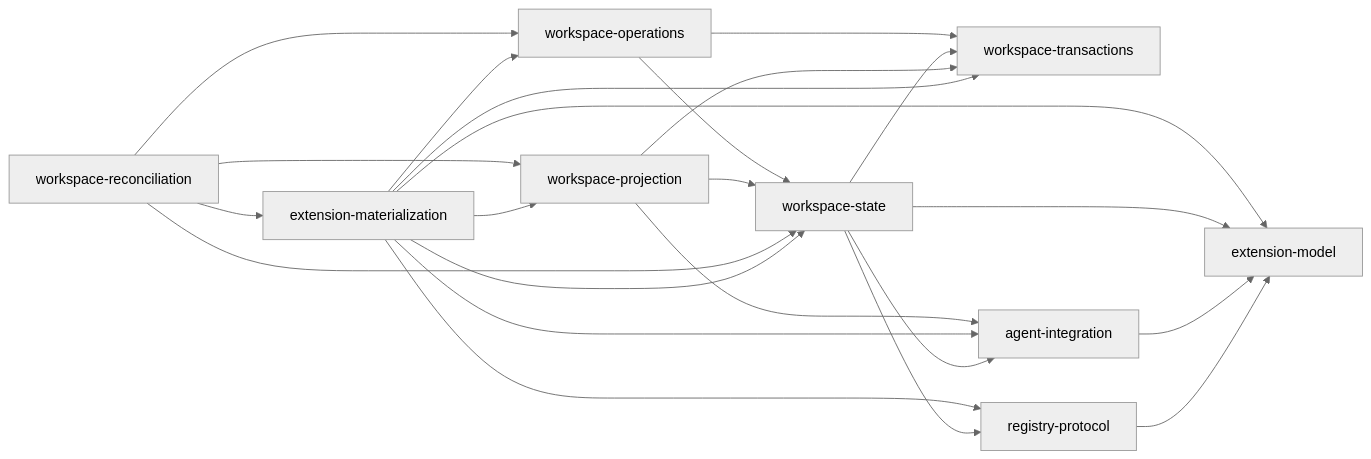
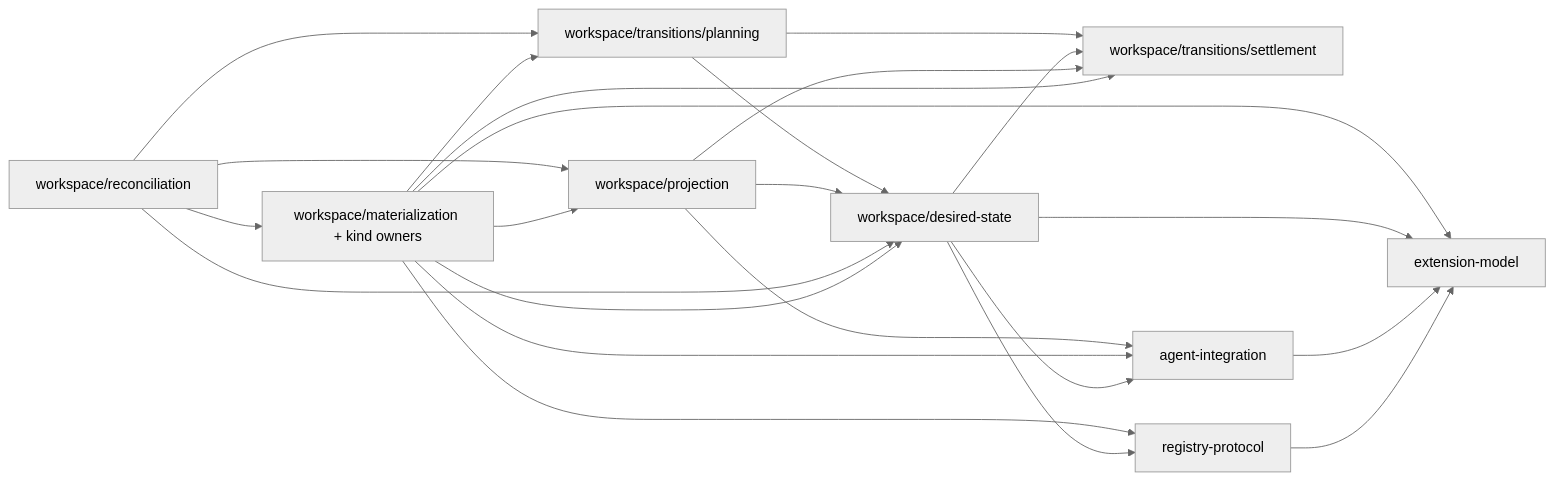
Before and after one commit to agentxm/axm: the diagram in docs/architecture/package-architecture.md, drawn with Mermaid (neutral theme). The commit also changed other lines of this file and 1139 other files, not shown here.

````diff
--- a/docs/architecture/package-architecture.md
+++ b/docs/architecture/package-architecture.md
@@ -266,25 +259,25 @@
 ```mermaid
 flowchart LR
-  OPERATIONS["workspace-operations"] --> STATE["workspace-state"]
-  OPERATIONS --> TRANSACTIONS["workspace-transactions"]
+  OPERATIONS["workspace/transitions/planning"] --> STATE["workspace/desired-state"]
+  OPERATIONS --> TRANSACTIONS["workspace/transitions/settlement"]
   STATE --> TRANSACTIONS
-  PROJECTION["workspace-projection"] --> STATE
+  PROJECTION["workspace/projection"] --> STATE
   PROJECTION --> TRANSACTIONS
   PROJECTION --> AGENT_INTEGRATION["agent-integration"]
-  RECONCILIATION["workspace-reconciliation"] --> MATERIALIZATION["extension-materialization"]
+  RECONCILIATION["workspace/reconciliation"] --> MATERIALIZATION["workspace/materialization + kind owners"]
   RECONCILIATION --> OPERATIONS
   RECONCILIATION --> STATE
   RECONCILIATION --> PROJECTION
   MATERIALIZATION --> PROJECTION
   MATERIALIZATION --> OPERATIONS
   MATERIALIZATION --> STATE
   MATERIALIZATION --> TRANSACTIONS
   MATERIALIZATION --> AGENT_INTEGRATION
   MATERIALIZATION --> PROTOCOL["registry-protocol"]
   MATERIALIZATION --> MODEL["extension-model"]
   STATE --> AGENT_INTEGRATION
   STATE --> PROTOCOL
   STATE --> MODEL
   AGENT_INTEGRATION --> MODEL
   PROTOCOL --> MODEL
 ```
````
